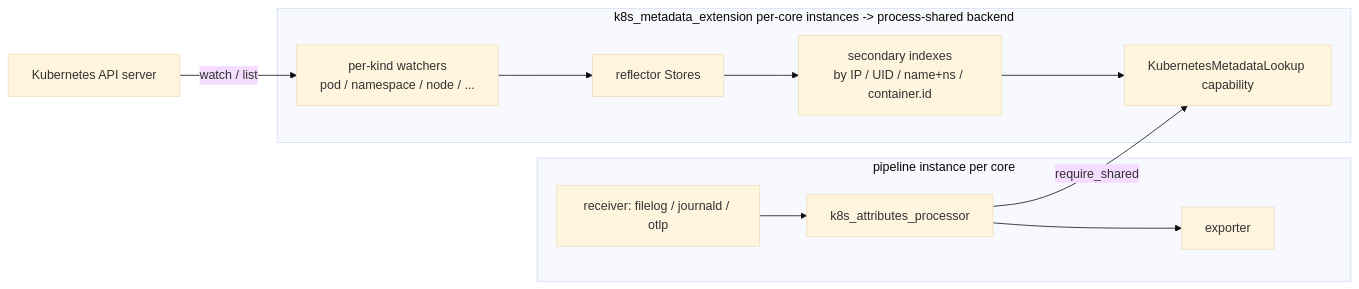
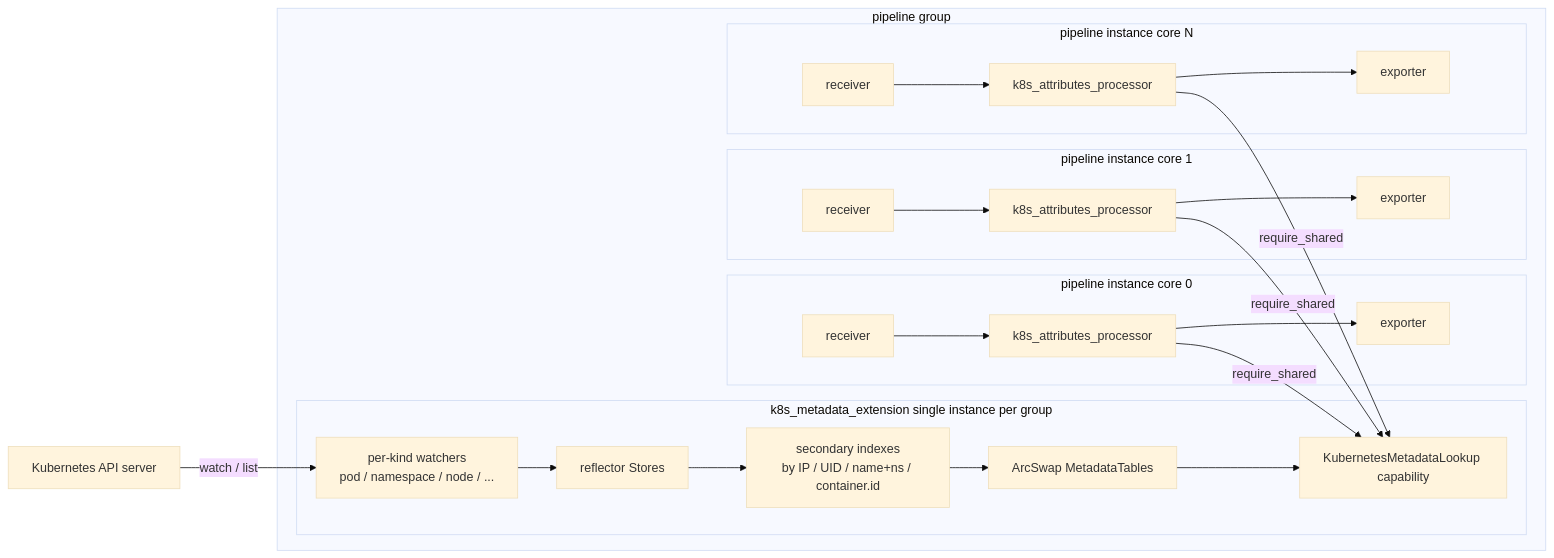
The diagram in rust/otap-dataflow/docs/k8s-attributes-processor.md (open-telemetry/otel-arrow), drawn with Mermaid (base theme) before and after one commit. The commit also changed other lines of this file, not shown here.

Commit message:
Update K8s processor design to use pipeline group scoped extension

````diff
--- a/rust/otap-dataflow/docs/k8s-attributes-processor.md
+++ b/rust/otap-dataflow/docs/k8s-attributes-processor.md
@@ -186,14 +195,27 @@
 ```mermaid
 flowchart LR
   K[Kubernetes API server] -->|watch / list| W
-  subgraph EXT[k8s_metadata_extension per-core instances -> process-shared backend]
-    W[per-kind watchers<br/>pod / namespace / node / ...] --> S[reflector Stores]
-    S --> I[secondary indexes<br/>by IP / UID / name+ns / container.id]
-    I --> CAP[KubernetesMetadataLookup capability]
-  end
-  subgraph PIPE[pipeline instance per core]
-    R[receiver: filelog / journald / otlp] --> P[k8s_attributes_processor]
-    P -->|require_shared| CAP
-    P --> E[exporter]
+  subgraph GROUP[pipeline group]
+    subgraph EXT[k8s_metadata_extension single instance per group]
+      W[per-kind watchers<br/>pod / namespace / node / ...] --> S[reflector Stores]
+      S --> I[secondary indexes<br/>by IP / UID / name+ns / container.id]
+      I --> SWAP[ArcSwap MetadataTables]
+      SWAP --> CAP[KubernetesMetadataLookup capability]
+    end
+    subgraph PIPE1[pipeline instance core 0]
+      R1[receiver] --> P1[k8s_attributes_processor]
+      P1 -->|require_shared| CAP
+      P1 --> E1[exporter]
+    end
+    subgraph PIPE2[pipeline instance core 1]
+      R2[receiver] --> P2[k8s_attributes_processor]
+      P2 -->|require_shared| CAP
+      P2 --> E2[exporter]
+    end
+    subgraph PIPEN[pipeline instance core N]
+      RN[receiver] --> PN[k8s_attributes_processor]
+      PN -->|require_shared| CAP
+      PN --> EN[exporter]
+    end
   end
 ```
````
